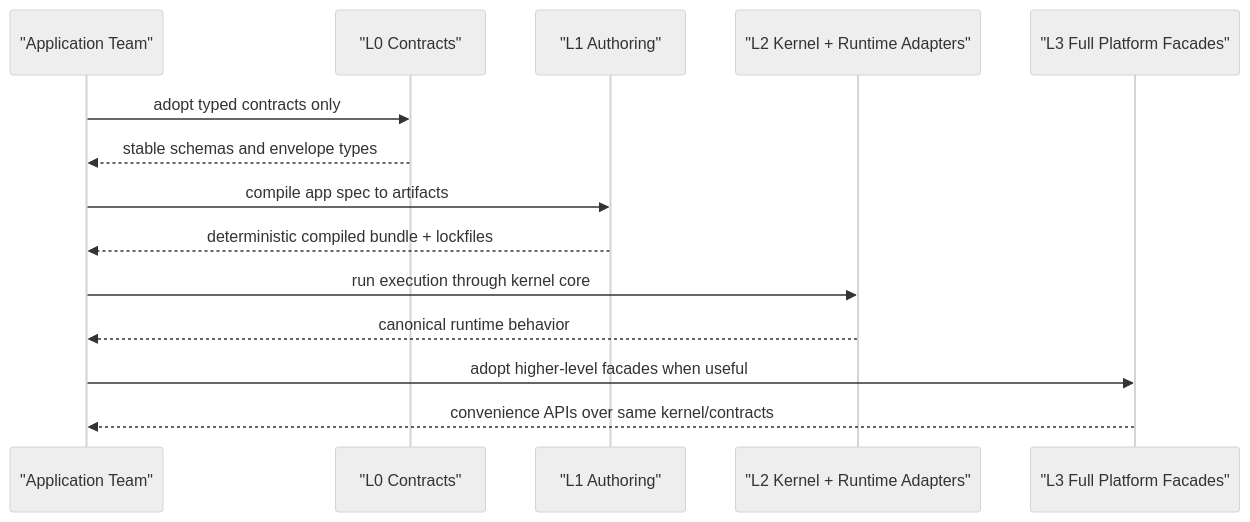
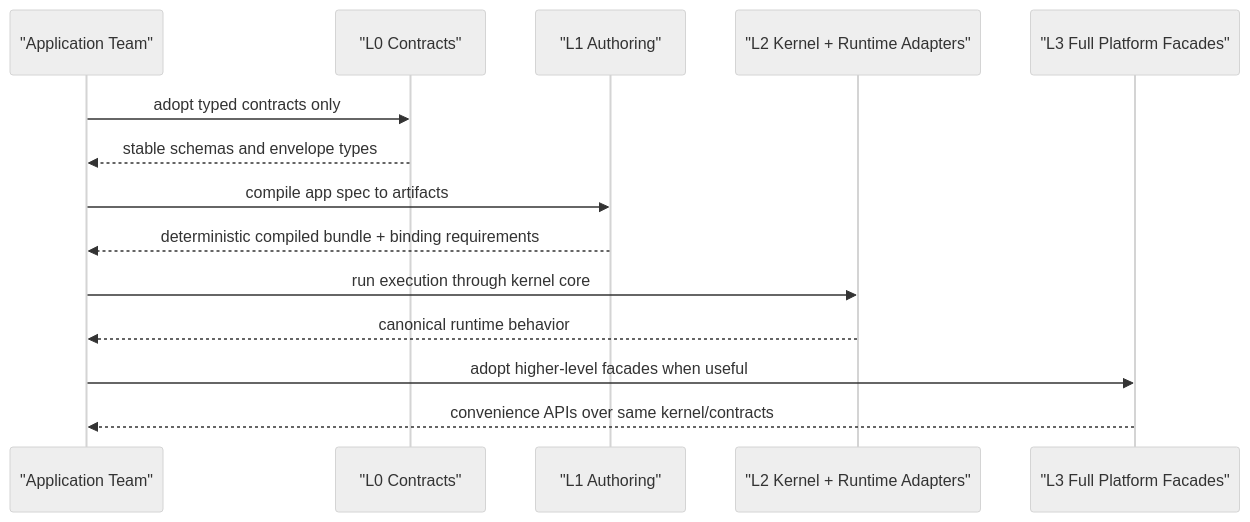
One commit to ngalluzzo/gooi changed the fourth of 4 diagrams in docs/engineering/rfcs/RFC-0007-north-star-platform-shape-and-progressive-dx-api.md. Above: the diagram before and after it, drawn with Mermaid (neutral theme). The commit also changed other lines of this file and 3 other files, not shown here.

Commit message:
docs(architecture): update northstar and RFCs for product-line contract ownership

````diff
--- a/docs/engineering/rfcs/RFC-0007-north-star-platform-shape-and-progressive-dx-api.md
+++ b/docs/engineering/rfcs/RFC-0007-north-star-platform-shape-and-progressive-dx-api.md
@@ -183,17 +228,17 @@
 ```mermaid
 sequenceDiagram
   participant Team as "Application Team"
   participant C as "L0 Contracts"
   participant A as "L1 Authoring"
   participant K as "L2 Kernel + Runtime Adapters"
   participant F as "L3 Full Platform Facades"
 
   Team->>C: adopt typed contracts only
   C-->>Team: stable schemas and envelope types
   Team->>A: compile app spec to artifacts
-  A-->>Team: deterministic compiled bundle + lockfiles
+  A-->>Team: deterministic compiled bundle + binding requirements
   Team->>K: run execution through kernel core
   K-->>Team: canonical runtime behavior
   Team->>F: adopt higher-level facades when useful
   F-->>Team: convenience APIs over same kernel/contracts
 ```
````
